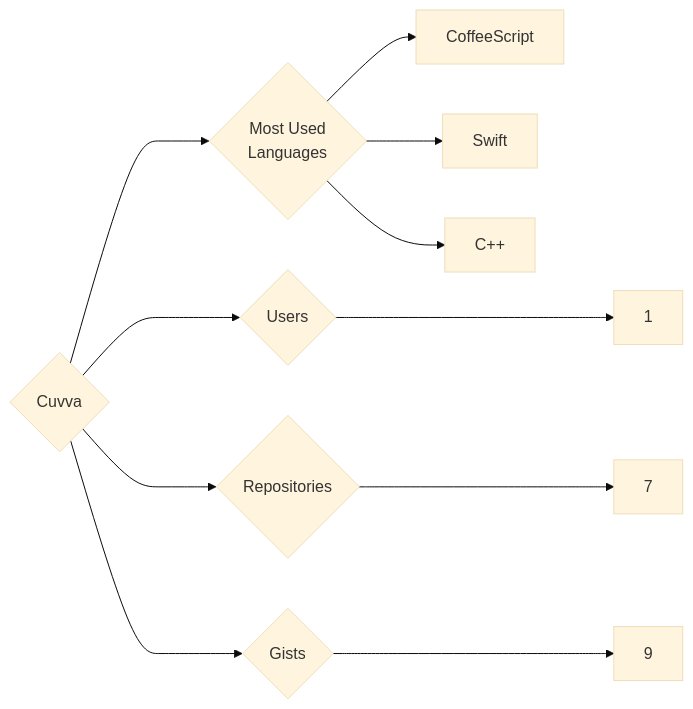
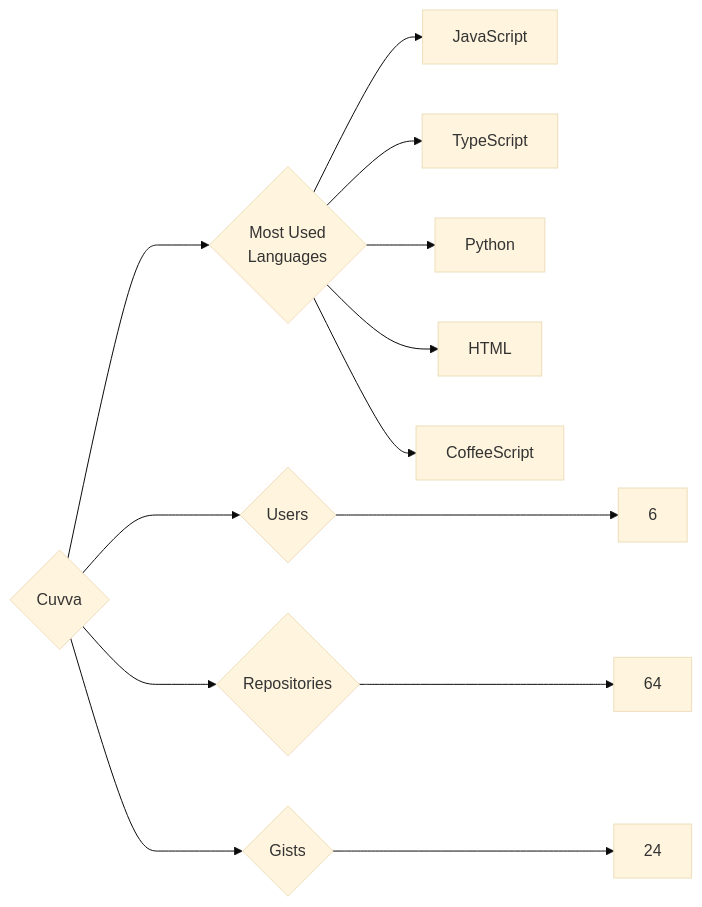
Before and after one commit to trickest/insiders: the diagram in targets/Cuvva/README.md, drawn with Mermaid (base theme). The commit also changed 786 other files, not shown here.

````diff
--- a/targets/Cuvva/README.md
+++ b/targets/Cuvva/README.md
@@ -3,11 +3,13 @@
 ```mermaid
 graph LR
 COMPANY_NAME{Cuvva}
-COMPANY_NAME ---> U{Users} ---> UN[1]
-COMPANY_NAME ---> R{Repositories} ---> RN[7]
-COMPANY_NAME ---> G{Gists} ---> GN[9]
+COMPANY_NAME ---> U{Users} ---> UN[6]
+COMPANY_NAME ---> R{Repositories} ---> RN[64]
+COMPANY_NAME ---> G{Gists} ---> GN[24]
 COMPANY_NAME ---> ML{Most Used<br>Languages}
+ML --> JavaScript[JavaScript]
+ML --> TypeScript[TypeScript]
+ML --> Python[Python]
+ML --> HTML[HTML]
 ML --> CoffeeScript[CoffeeScript]
-ML --> Swift[Swift]
-ML --> C++[C++]
 ```
````
